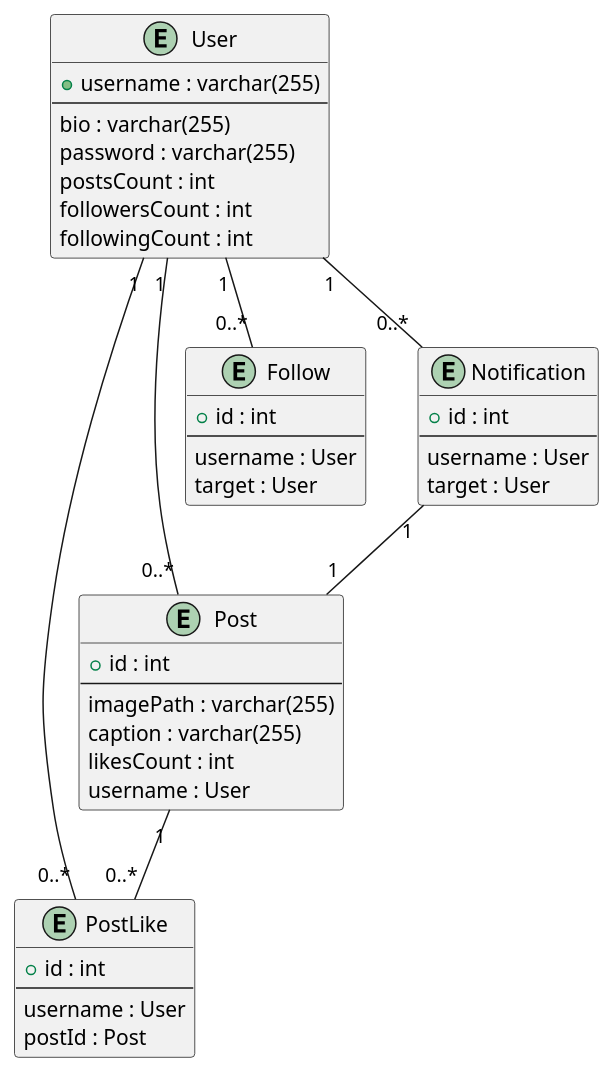
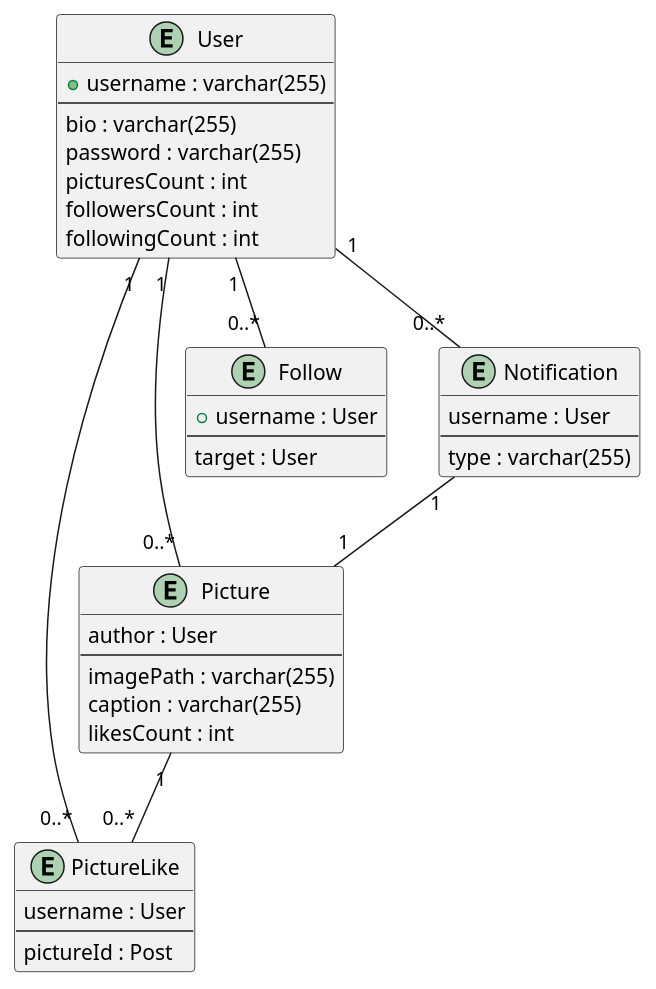
The diagram in PUML/erd.puml (MaxGurbanli/Quackstagram), drawn with PlantUML before and after one commit. The commit also changed 1 other file, not shown here.

Commit message:
Improve ERD and Schema

```diff
--- a/PUML/erd.puml
+++ b/PUML/erd.puml
@@ -1,48 +1,44 @@
 @startuml QuackstagramERD
 entity "User" as user {
   + username : varchar(255)
   --
   bio : varchar(255)
   password : varchar(255)
-  postsCount : int
+  picturesCount : int
   followersCount : int
   followingCount : int
 }
 
-entity "Post" as post {
-  + id : int
+entity "Picture" as picture {
+  author : User
   --
   imagePath : varchar(255)
   caption : varchar(255)
   likesCount : int
-  username : User
 }
 
-entity "PostLike" as postlike {
-  + id : int
+entity "PictureLike" as picturelike {
+  username : User
   --
-  username : User
-  postId : Post
+  pictureId : Post
 }
 
 entity "Follow" as follow {
-  + id : int
+  + username : User
   --
-  username : User
   target : User
 }
 
 entity "Notification" as notification {
-  + id : int
+  username : User
   --
-  username : User
-  target : User
+  type : varchar(255)
 }
 
-user "1" -- "0..*" post
-user "1" -- "0..*" postlike
+user "1" -- "0..*" picture
+user "1" -- "0..*" picturelike
 user "1" -- "0..*" follow
 user "1" -- "0..*" notification
-notification "1" -- "1" post
-post "1" -- "0..*" postlike
+notification "1" -- "1" picture
+picture "1" -- "0..*" picturelike
 @enduml
```
